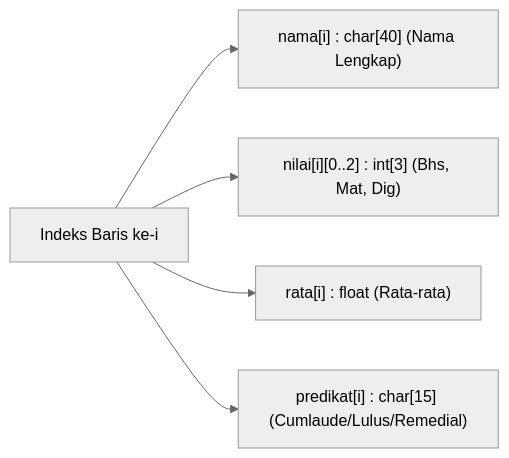
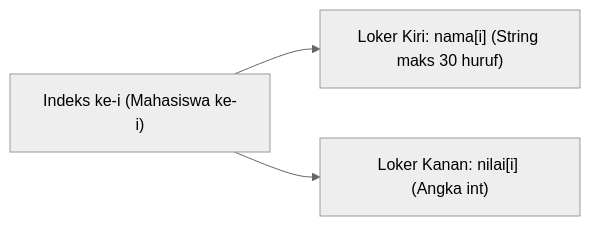
The second of 2 diagrams in panduan_penyelesaian_dekomposisi.md (kycjojo/pemrograman), drawn with Mermaid (neutral theme) before and after one commit. The commit also changed other lines of this file and 4 other files, not shown here.

````diff
--- a/panduan_penyelesaian_dekomposisi.md
+++ b/panduan_penyelesaian_dekomposisi.md
@@ -229,8 +217,6 @@
 ```mermaid
 flowchart LR
-    I["Indeks Baris ke-i"]
-    I --> T1["nama[i] : char[40] (Nama Lengkap)"]
-    I --> T2["nilai[i][0..2] : int[3] (Bhs, Mat, Dig)"]
-    I --> T3["rata[i] : float (Rata-rata)"]
-    I --> T4["predikat[i] : char[15] (Cumlaude/Lulus/Remedial)"]
+    I["Indeks ke-i (Mahasiswa ke-i)"]
+    I --> N["Loker Kiri: nama[i] (String maks 30 huruf)"]
+    I --> V["Loker Kanan: nilai[i] (Angka int)"]
 ```
````
